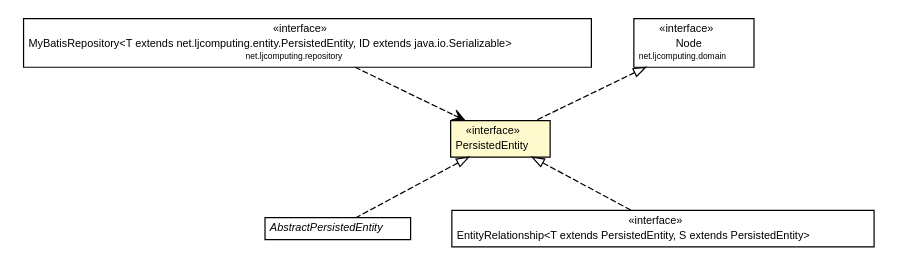
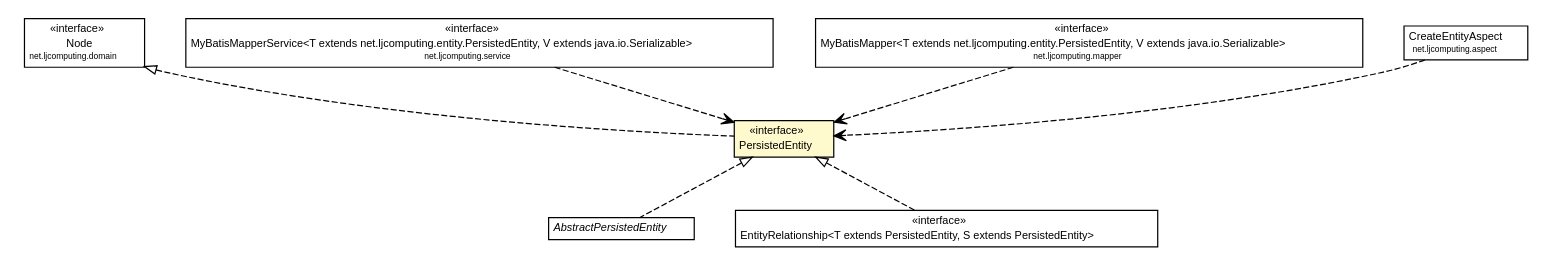
One commit to willmorejg/net.ljcomputing.entity changed the diagram in docs/javadoc/apidocs/net/ljcomputing/entity/PersistedEntity.dot. Above: the diagram before and after it, drawn with Graphviz. The commit also changed 151 other files, not shown here.

```diff
--- a/docs/javadoc/apidocs/net/ljcomputing/entity/PersistedEntity.dot
+++ b/docs/javadoc/apidocs/net/ljcomputing/entity/PersistedEntity.dot
@@ -1,56 +1,75 @@
 #!/usr/local/bin/dot
 #
 # Class diagram 
 # Generated by UMLGraph version R5_6 (http://www.umlgraph.org/)
 #
 
 digraph G {
 	edge [fontname="Helvetica",fontsize=10,labelfontname="Helvetica",labelfontsize=10];
 	node [fontname="Helvetica",fontsize=10,shape=plaintext];
 	nodesep=0.25;
 	ranksep=0.5;
-	// net.ljcomputing.repository.MyBatisRepository<T extends net.ljcomputing.entity.PersistedEntity, ID extends java.io.Serializable>
-	c126 [label=<<table title="net.ljcomputing.repository.MyBatisRepository" border="0" cellborder="1" cellspacing="0" cellpadding="2" port="p" href="../repository/MyBatisRepository.html">
-		<tr><td><table border="0" cellspacing="0" cellpadding="1">
-<tr><td align="center" balign="center"> &#171;interface&#187; </td></tr>
-<tr><td align="center" balign="center"> MyBatisRepository&lt;T extends net.ljcomputing.entity.PersistedEntity, ID extends java.io.Serializable&gt; </td></tr>
-<tr><td align="center" balign="center"><font point-size="7.0"> net.ljcomputing.repository </font></td></tr>
-		</table></td></tr>
-		</table>>, URL="../repository/MyBatisRepository.html", fontname="Helvetica", fontcolor="black", fontsize=9.0];
 	// net.ljcomputing.entity.AbstractPersistedEntity
-	c127 [label=<<table title="net.ljcomputing.entity.AbstractPersistedEntity" border="0" cellborder="1" cellspacing="0" cellpadding="2" port="p" href="./AbstractPersistedEntity.html">
+	c158 [label=<<table title="net.ljcomputing.entity.AbstractPersistedEntity" border="0" cellborder="1" cellspacing="0" cellpadding="2" port="p" href="./AbstractPersistedEntity.html">
 		<tr><td><table border="0" cellspacing="0" cellpadding="1">
 <tr><td align="center" balign="center"><font face="Helvetica-Oblique"> AbstractPersistedEntity </font></td></tr>
 		</table></td></tr>
 		</table>>, URL="./AbstractPersistedEntity.html", fontname="Helvetica", fontcolor="black", fontsize=9.0];
 	// net.ljcomputing.entity.EntityRelationship<T extends net.ljcomputing.entity.PersistedEntity, S extends net.ljcomputing.entity.PersistedEntity>
-	c128 [label=<<table title="net.ljcomputing.entity.EntityRelationship" border="0" cellborder="1" cellspacing="0" cellpadding="2" port="p" href="./EntityRelationship.html">
+	c159 [label=<<table title="net.ljcomputing.entity.EntityRelationship" border="0" cellborder="1" cellspacing="0" cellpadding="2" port="p" href="./EntityRelationship.html">
 		<tr><td><table border="0" cellspacing="0" cellpadding="1">
 <tr><td align="center" balign="center"> &#171;interface&#187; </td></tr>
 <tr><td align="center" balign="center"> EntityRelationship&lt;T extends PersistedEntity, S extends PersistedEntity&gt; </td></tr>
 		</table></td></tr>
 		</table>>, URL="./EntityRelationship.html", fontname="Helvetica", fontcolor="black", fontsize=9.0];
 	// net.ljcomputing.entity.PersistedEntity
-	c130 [label=<<table title="net.ljcomputing.entity.PersistedEntity" border="0" cellborder="1" cellspacing="0" cellpadding="2" port="p" bgcolor="lemonChiffon" href="./PersistedEntity.html">
+	c161 [label=<<table title="net.ljcomputing.entity.PersistedEntity" border="0" cellborder="1" cellspacing="0" cellpadding="2" port="p" bgcolor="lemonChiffon" href="./PersistedEntity.html">
 		<tr><td><table border="0" cellspacing="0" cellpadding="1">
 <tr><td align="center" balign="center"> &#171;interface&#187; </td></tr>
 <tr><td align="center" balign="center"> PersistedEntity </td></tr>
 		</table></td></tr>
 		</table>>, URL="./PersistedEntity.html", fontname="Helvetica", fontcolor="black", fontsize=9.0];
 	// net.ljcomputing.domain.Node
-	c132 [label=<<table title="net.ljcomputing.domain.Node" border="0" cellborder="1" cellspacing="0" cellpadding="2" port="p" href="../domain/Node.html">
+	c163 [label=<<table title="net.ljcomputing.domain.Node" border="0" cellborder="1" cellspacing="0" cellpadding="2" port="p" href="../domain/Node.html">
 		<tr><td><table border="0" cellspacing="0" cellpadding="1">
 <tr><td align="center" balign="center"> &#171;interface&#187; </td></tr>
 <tr><td align="center" balign="center"> Node </td></tr>
 <tr><td align="center" balign="center"><font point-size="7.0"> net.ljcomputing.domain </font></td></tr>
 		</table></td></tr>
 		</table>>, URL="../domain/Node.html", fontname="Helvetica", fontcolor="black", fontsize=9.0];
+	// net.ljcomputing.service.MyBatisMapperService<T extends net.ljcomputing.entity.PersistedEntity, V extends java.io.Serializable>
+	c164 [label=<<table title="net.ljcomputing.service.MyBatisMapperService" border="0" cellborder="1" cellspacing="0" cellpadding="2" port="p" href="../service/MyBatisMapperService.html">
+		<tr><td><table border="0" cellspacing="0" cellpadding="1">
+<tr><td align="center" balign="center"> &#171;interface&#187; </td></tr>
+<tr><td align="center" balign="center"> MyBatisMapperService&lt;T extends net.ljcomputing.entity.PersistedEntity, V extends java.io.Serializable&gt; </td></tr>
+<tr><td align="center" balign="center"><font point-size="7.0"> net.ljcomputing.service </font></td></tr>
+		</table></td></tr>
+		</table>>, URL="../service/MyBatisMapperService.html", fontname="Helvetica", fontcolor="black", fontsize=9.0];
+	// net.ljcomputing.mapper.MyBatisMapper<T extends net.ljcomputing.entity.PersistedEntity, V extends java.io.Serializable>
+	c166 [label=<<table title="net.ljcomputing.mapper.MyBatisMapper" border="0" cellborder="1" cellspacing="0" cellpadding="2" port="p" href="../mapper/MyBatisMapper.html">
+		<tr><td><table border="0" cellspacing="0" cellpadding="1">
+<tr><td align="center" balign="center"> &#171;interface&#187; </td></tr>
+<tr><td align="center" balign="center"> MyBatisMapper&lt;T extends net.ljcomputing.entity.PersistedEntity, V extends java.io.Serializable&gt; </td></tr>
+<tr><td align="center" balign="center"><font point-size="7.0"> net.ljcomputing.mapper </font></td></tr>
+		</table></td></tr>
+		</table>>, URL="../mapper/MyBatisMapper.html", fontname="Helvetica", fontcolor="black", fontsize=9.0];
+	// net.ljcomputing.aspect.CreateEntityAspect
+	c167 [label=<<table title="net.ljcomputing.aspect.CreateEntityAspect" border="0" cellborder="1" cellspacing="0" cellpadding="2" port="p" href="../aspect/CreateEntityAspect.html">
+		<tr><td><table border="0" cellspacing="0" cellpadding="1">
+<tr><td align="center" balign="center"> CreateEntityAspect </td></tr>
+<tr><td align="center" balign="center"><font point-size="7.0"> net.ljcomputing.aspect </font></td></tr>
+		</table></td></tr>
+		</table>>, URL="../aspect/CreateEntityAspect.html", fontname="Helvetica", fontcolor="black", fontsize=9.0];
 	//net.ljcomputing.entity.AbstractPersistedEntity implements net.ljcomputing.entity.PersistedEntity
-	c130:p -> c127:p [dir=back,arrowtail=empty,style=dashed];
+	c161:p -> c158:p [dir=back,arrowtail=empty,style=dashed];
 	//net.ljcomputing.entity.EntityRelationship<T extends net.ljcomputing.entity.PersistedEntity, S extends net.ljcomputing.entity.PersistedEntity> implements net.ljcomputing.entity.PersistedEntity
-	c130:p -> c128:p [dir=back,arrowtail=empty,style=dashed];
+	c161:p -> c159:p [dir=back,arrowtail=empty,style=dashed];
 	//net.ljcomputing.entity.PersistedEntity implements net.ljcomputing.domain.Node
-	c132:p -> c130:p [dir=back,arrowtail=empty,style=dashed];
-	// net.ljcomputing.repository.MyBatisRepository<T extends net.ljcomputing.entity.PersistedEntity, ID extends java.io.Serializable> DEPEND net.ljcomputing.entity.PersistedEntity
-	c126:p -> c130:p [taillabel="", label="", headlabel="", fontname="Helvetica", fontcolor="black", fontsize=10.0, color="black", arrowhead=open, style=dashed];
+	c163:p -> c161:p [dir=back,arrowtail=empty,style=dashed];
+	// net.ljcomputing.service.MyBatisMapperService<T extends net.ljcomputing.entity.PersistedEntity, V extends java.io.Serializable> DEPEND net.ljcomputing.entity.PersistedEntity
+	c164:p -> c161:p [taillabel="", label="", headlabel="", fontname="Helvetica", fontcolor="black", fontsize=10.0, color="black", arrowhead=open, style=dashed];
+	// net.ljcomputing.mapper.MyBatisMapper<T extends net.ljcomputing.entity.PersistedEntity, V extends java.io.Serializable> DEPEND net.ljcomputing.entity.PersistedEntity
+	c166:p -> c161:p [taillabel="", label="", headlabel="", fontname="Helvetica", fontcolor="black", fontsize=10.0, color="black", arrowhead=open, style=dashed];
+	// net.ljcomputing.aspect.CreateEntityAspect DEPEND net.ljcomputing.entity.PersistedEntity
+	c167:p -> c161:p [taillabel="", label="", headlabel="", fontname="Helvetica", fontcolor="black", fontsize=10.0, color="black", arrowhead=open, style=dashed];
 }
```
